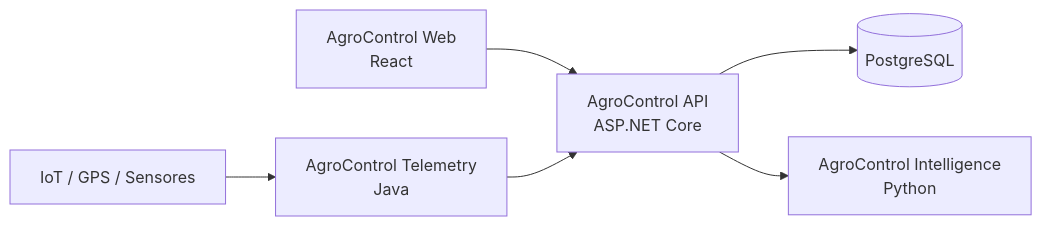
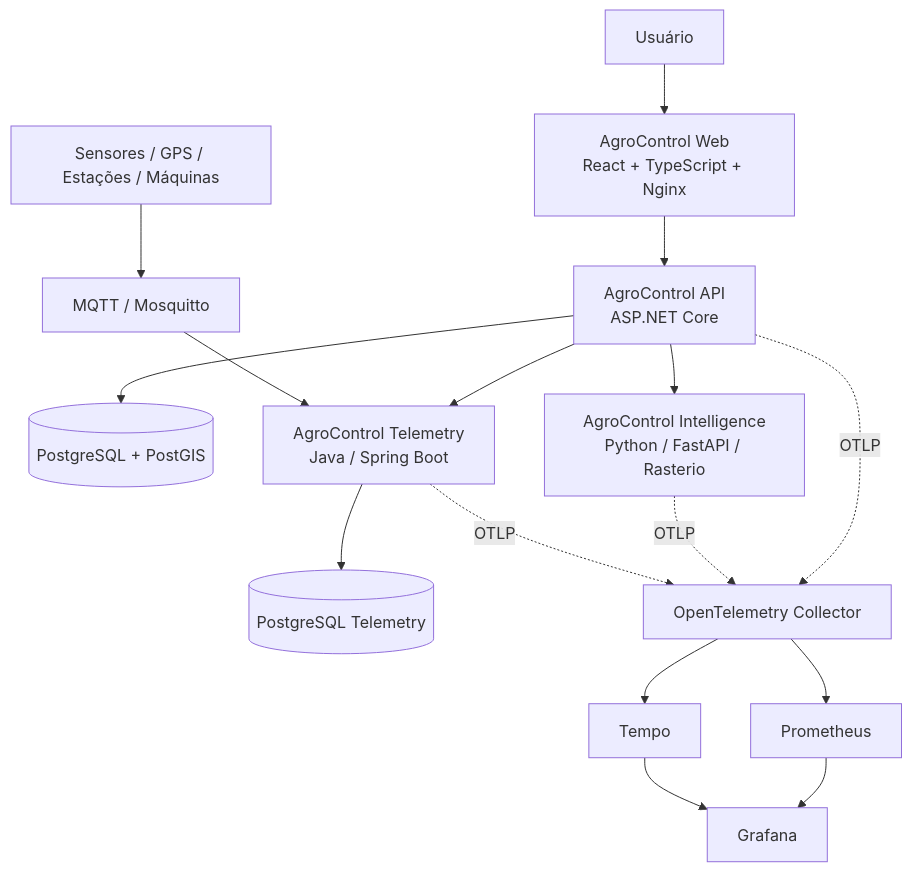
The diagram in docs/ARCHITECTURE.md (M4rc3low/AgroControl), drawn with Mermaid before and after one commit. The commit also changed other lines of this file, not shown here.

Commit message:
docs: align architecture with Sprint 18

````diff
--- a/docs/ARCHITECTURE.md
+++ b/docs/ARCHITECTURE.md
@@ -9,8 +21,21 @@
 ```mermaid
-flowchart LR
-    WEB[AgroControl Web\nReact] --> API[AgroControl API\nASP.NET Core]
-    API --> PG[(PostgreSQL)]
-    API --> INT[AgroControl Intelligence\nPython]
-    TEL[AgroControl Telemetry\nJava] --> API
-    DEVICES[IoT / GPS / Sensores] --> TEL
+flowchart TB
+    USER[Usuário] --> WEB[AgroControl Web\nReact + TypeScript + Nginx]
+    WEB --> API[AgroControl API\nASP.NET Core]
+
+    API --> CORE[(PostgreSQL + PostGIS)]
+    API --> INT[AgroControl Intelligence\nPython / FastAPI / Rasterio]
+    API --> TEL[AgroControl Telemetry\nJava / Spring Boot]
+
+    DEVICES[Sensores / GPS / Estações / Máquinas] --> MQTT[MQTT / Mosquitto]
+    MQTT --> TEL
+    TEL --> TDB[(PostgreSQL Telemetry)]
+
+    API -. OTLP .-> OTEL[OpenTelemetry Collector]
+    INT -. OTLP .-> OTEL
+    TEL -. OTLP .-> OTEL
+    OTEL --> TEMPO[Tempo]
+    OTEL --> PROM[Prometheus]
+    PROM --> GRAFANA[Grafana]
+    TEMPO --> GRAFANA
 ```
````
